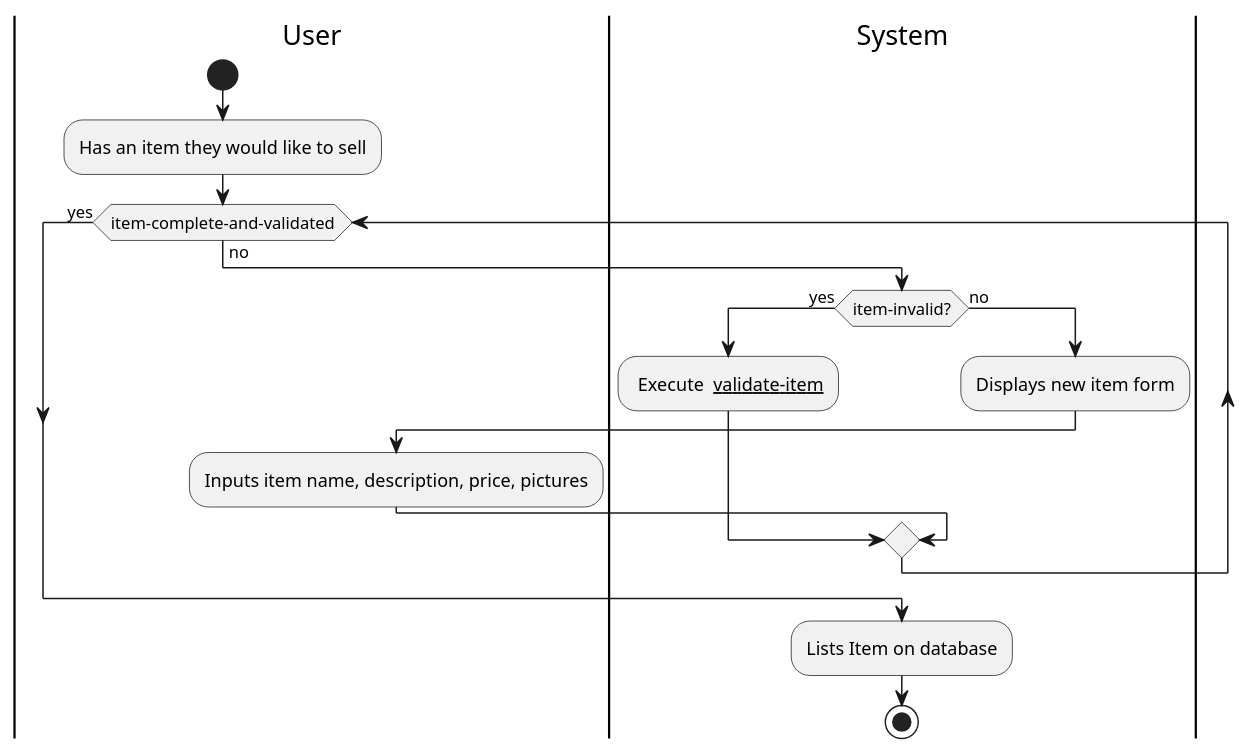
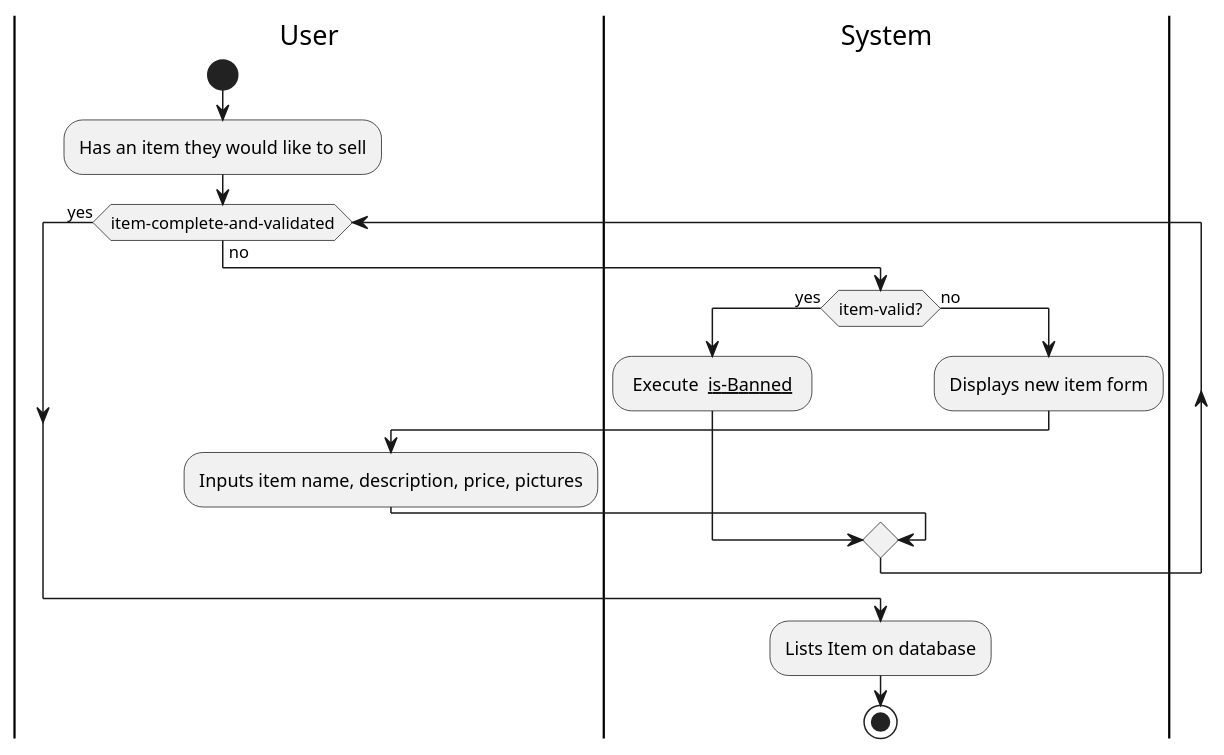
Before and after one commit to remyben-creator/Marketplace-Application: the diagram in IntelliJ/Doc/use-cases/add-item.md, drawn with PlantUML. The commit also changed 2 other files, not shown here.

Commit message:
Some Sequence Diagrams Finalized

````diff
--- a/IntelliJ/Doc/use-cases/add-item.md
+++ b/IntelliJ/Doc/use-cases/add-item.md
@@ -15,20 +15,20 @@
 ```plantuml
 
 |User|
 start
 :Has an item they would like to sell;
 while (item-complete-and-validated) is (no)
 |System|
-if (item-invalid?) then (yes) 
-: Execute __ validate-item__;
+if (item-valid?) then (yes) 
+: Execute __ is-Banned __;
 else (no)
 :Displays new item form;
 |User|
 :Inputs item name, description, price, pictures;
 endif
 endwhile (yes) 
 |System|
 :Lists Item on database;
 stop
 @enduml
 ```
````
